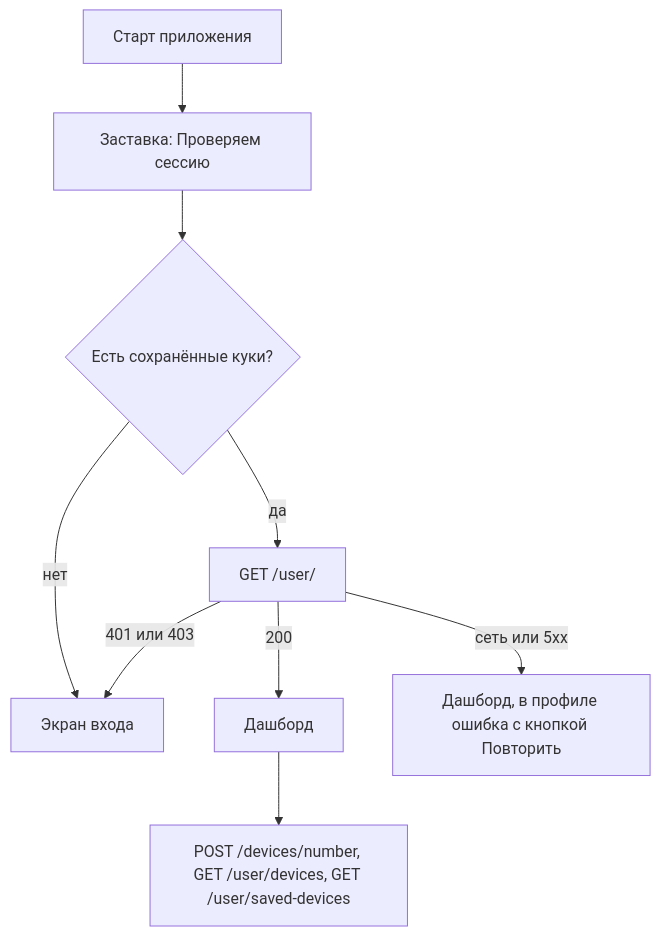
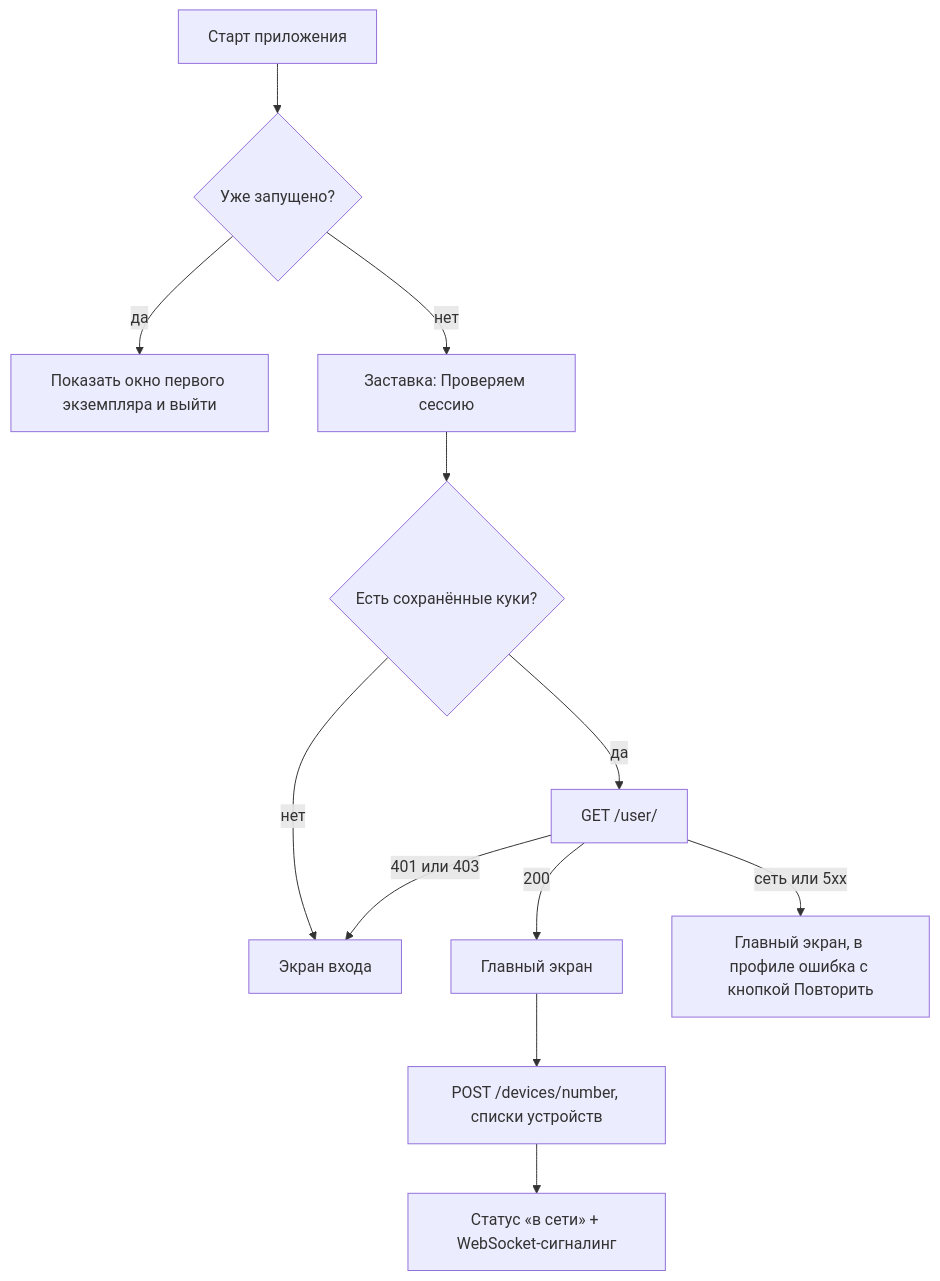
One commit to RanVix/RemoteBridgePublic changed the fourth of 5 diagrams in README.md. Above: the diagram before and after it, drawn with Mermaid. The commit also changed other lines of this file and 1 other file, not shown here.

````diff
--- a/README.md
+++ b/README.md
@@ -99,11 +225,14 @@
 ```mermaid
 flowchart TD
-    A["Старт приложения"] --> B["Заставка: Проверяем сессию"]
+    A["Старт приложения"] --> I{"Уже запущено?"}
+    I -- да --> X["Показать окно первого экземпляра и выйти"]
+    I -- нет --> B["Заставка: Проверяем сессию"]
     B --> C{"Есть сохранённые куки?"}
     C -- нет --> L["Экран входа"]
     C -- да --> D["GET /user/"]
-    D -- 200 --> H["Дашборд"]
+    D -- 200 --> H["Главный экран"]
     D -- "401 или 403" --> L
-    D -- "сеть или 5xx" --> E["Дашборд, в профиле ошибка с кнопкой Повторить"]
-    H --> F["POST /devices/number, GET /user/devices, GET /user/saved-devices"]
+    D -- "сеть или 5xx" --> E["Главный экран, в профиле ошибка с кнопкой Повторить"]
+    H --> F["POST /devices/number, списки устройств"]
+    F --> G["Статус «в сети» + WebSocket-сигналинг"]
 ```
````
